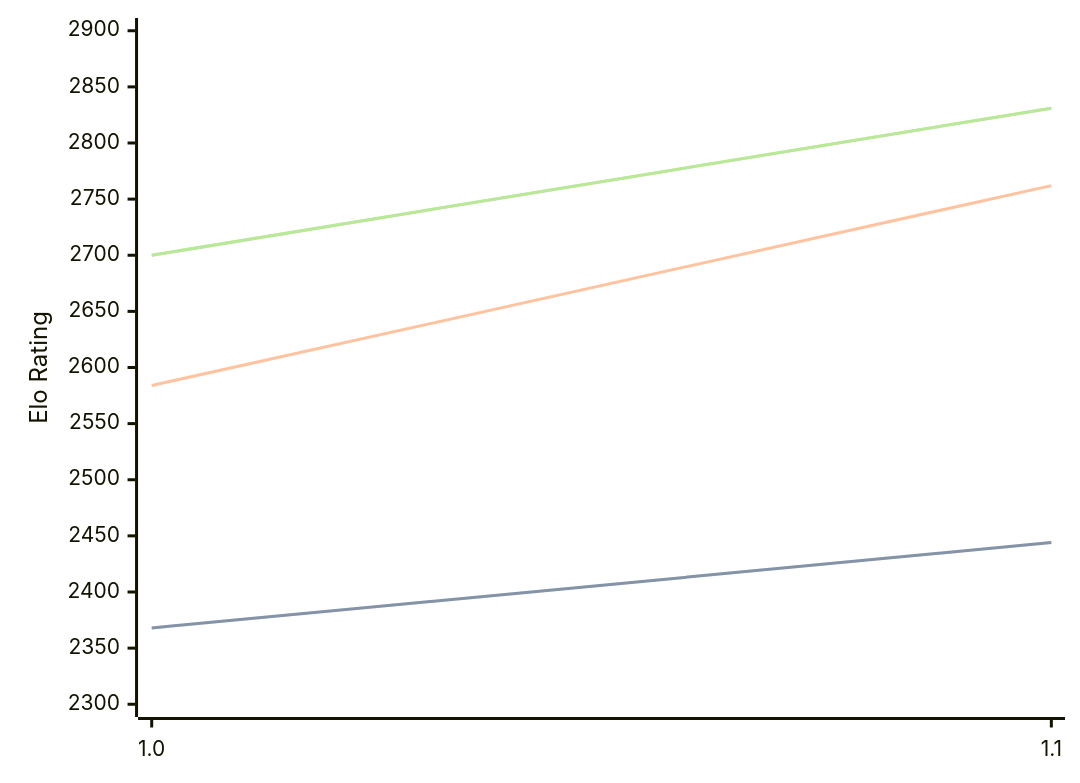
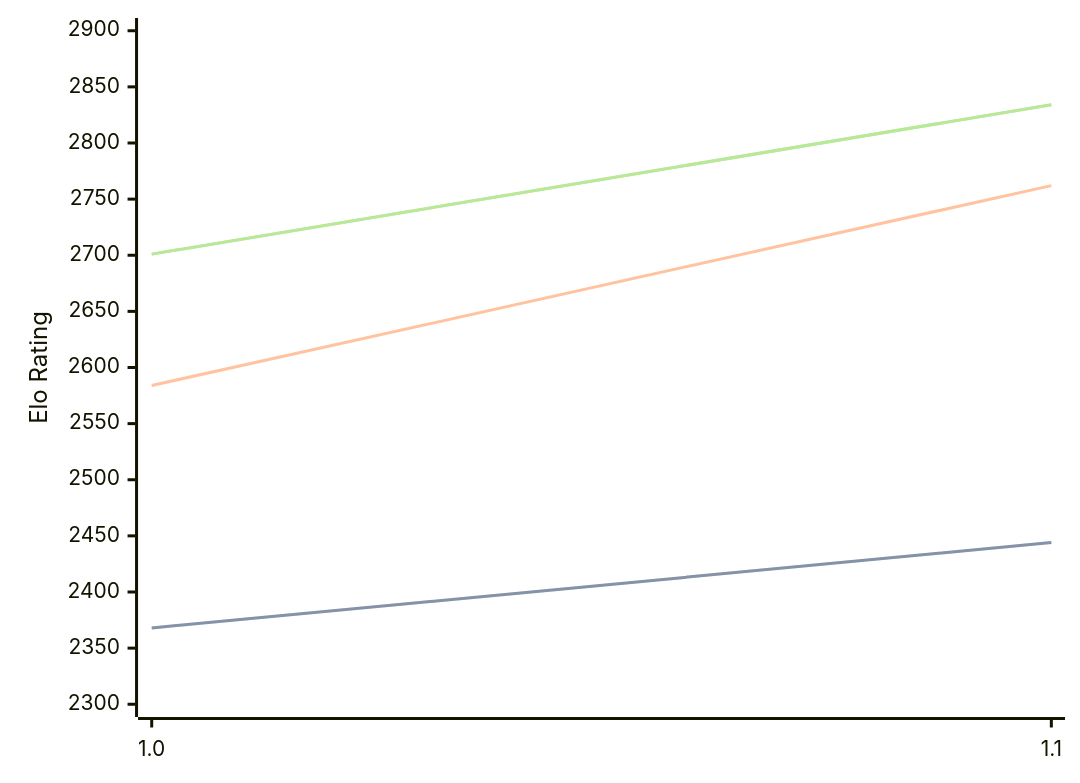
One commit to computer-chess-index/cci changed the diagram in engines/FoxChess.md. Above: the diagram before and after it, drawn with Mermaid. The commit also changed other lines of this file, not shown here.

Commit message:
Update CCI Ratings (ELO VLTC) - 2026-05-15

````diff
--- a/engines/FoxChess.md
+++ b/engines/FoxChess.md
@@ -32,11 +32,11 @@
 ```mermaid
 %%{init: {"theme":"base","themeVariables":{"seriesColors:['#a3a3a3','#222221','#faa371']}}}%%
 xychart-beta
   x-axis ["1.0", "1.1"]
   y-axis "Elo Rating" 2300 --> 2900
   line "STC (8.0+0.08s)" [2368, 2444]
   line "STC (8.0+0.08s)" [2368, 2444]
   line "LTC (60.0+0.60s)" [2584, 2762]
-  line "VLTC (2m24s+1.12s)" [2700, 2831]
-  line "VLTC (2m24s+1.12s)" [2700, 2831]
+  line "VLTC (2m24s+1.12s)" [2701, 2834]
+  line "VLTC (2m24s+1.12s)" [2701, 2834]
 ```
````
